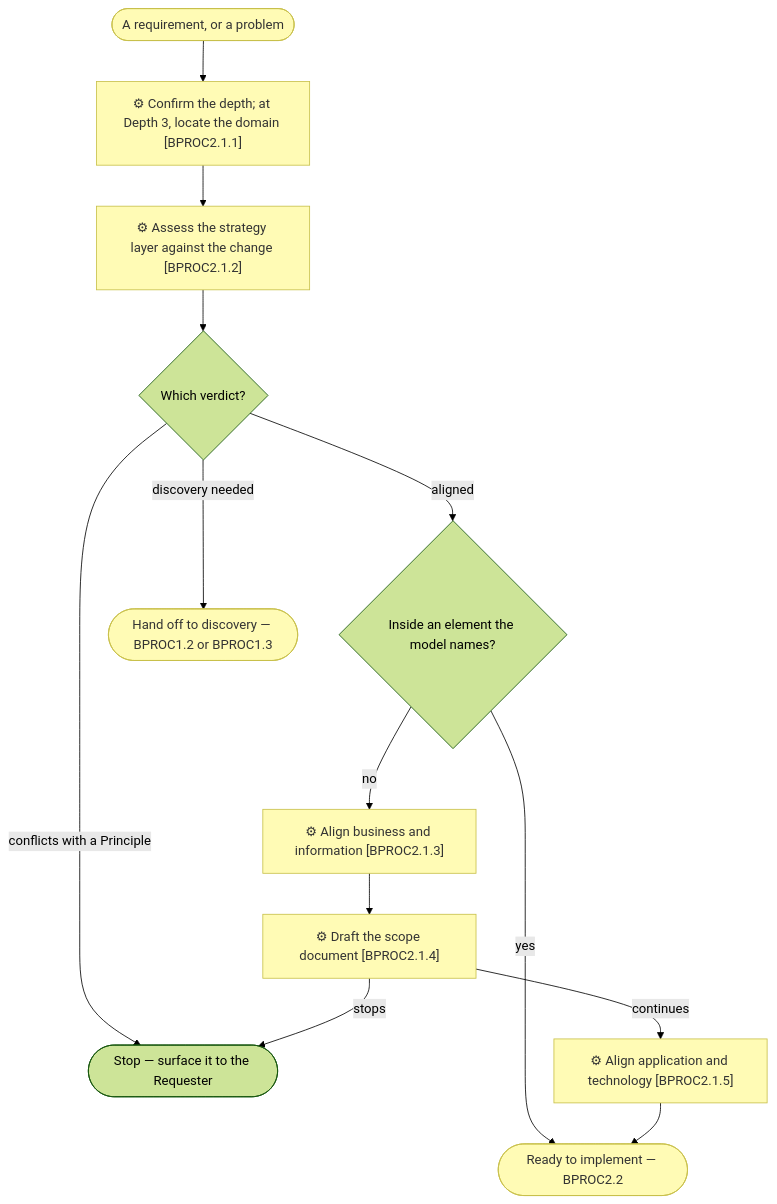
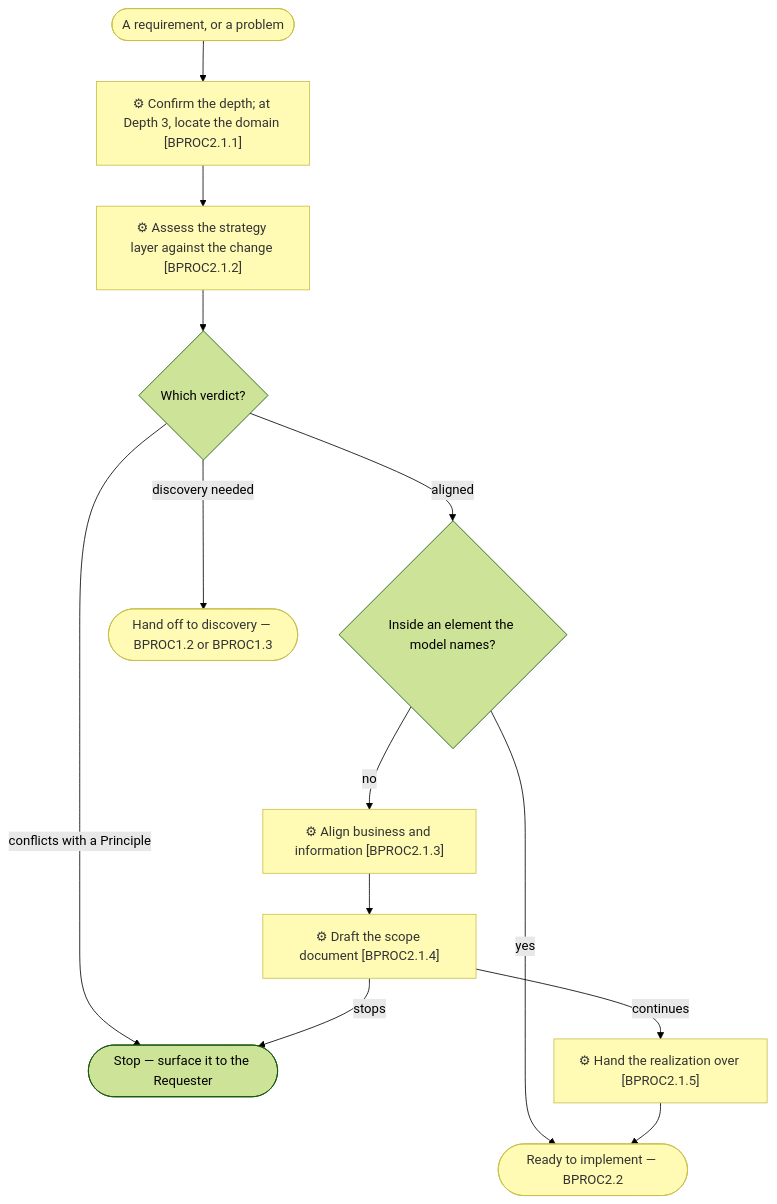
Before and after one commit to roanboc/archreator: the diagram in docs/process/3_level-3-align-a-change.md, drawn with Mermaid (forest theme). The commit also changed other lines of this file and 47 other files, not shown here.

````diff
--- a/docs/process/3_level-3-align-a-change.md
+++ b/docs/process/3_level-3-align-a-change.md
@@ -9,26 +9,26 @@
 ```mermaid
 flowchart TD
   req(["A requirement, or a problem"])
   depth["⚙ Confirm the depth; at Depth 3, locate the domain [BPROC2.1.1]"]
   assess["⚙ Assess the strategy layer against the change [BPROC2.1.2]"]
   verdict{"Which verdict?"}
   stop(["Stop — surface it to the Requester"])
   bugfix{"Inside an element the model names?"}
   walk23["⚙ Align business and information [BPROC2.1.3]"]
   scope["⚙ Draft the scope document [BPROC2.1.4]"]
-  walk45["⚙ Align application and technology [BPROC2.1.5]"]
+  walk45["⚙ Hand the realization over [BPROC2.1.5]"]
   out(["Ready to implement — BPROC2.2"])
   disc(["Hand off to discovery — BPROC1.2 or BPROC1.3"])
 
   req --> depth --> assess --> verdict
   verdict -->|discovery needed| disc
   verdict -->|conflicts with a Principle| stop
   verdict -->|aligned| bugfix
   bugfix -->|yes| out
   bugfix -->|no| walk23 --> scope
   scope -->|stops| stop
   scope -->|continues| walk45 --> out
 
   classDef business fill:#fffbb5,stroke:#c8c04a,color:#333
   class depth,assess,walk23,scope,walk45,req,out,disc business
 ```
````
